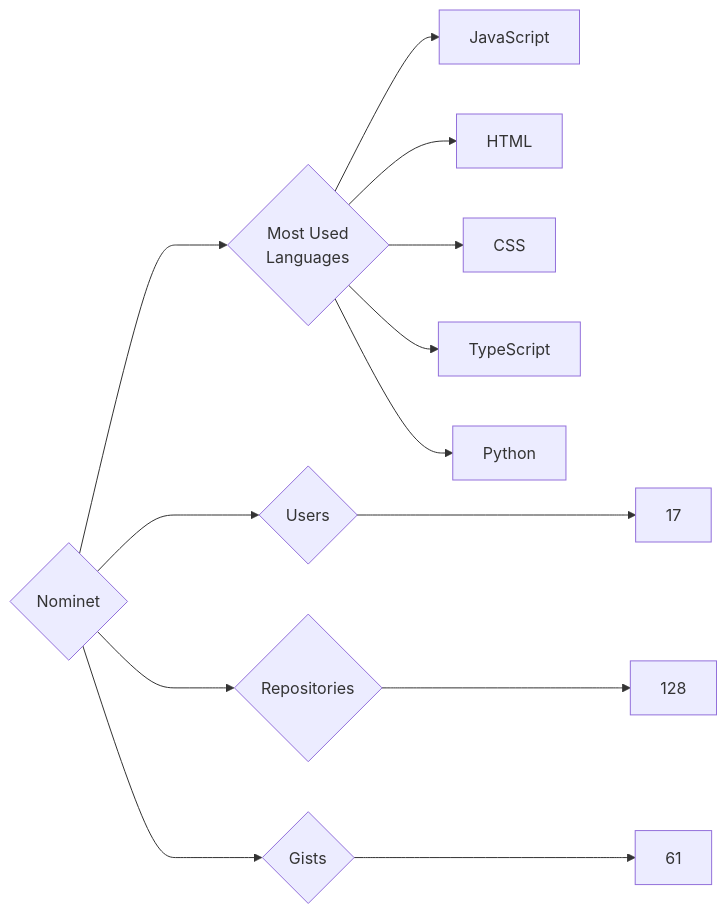
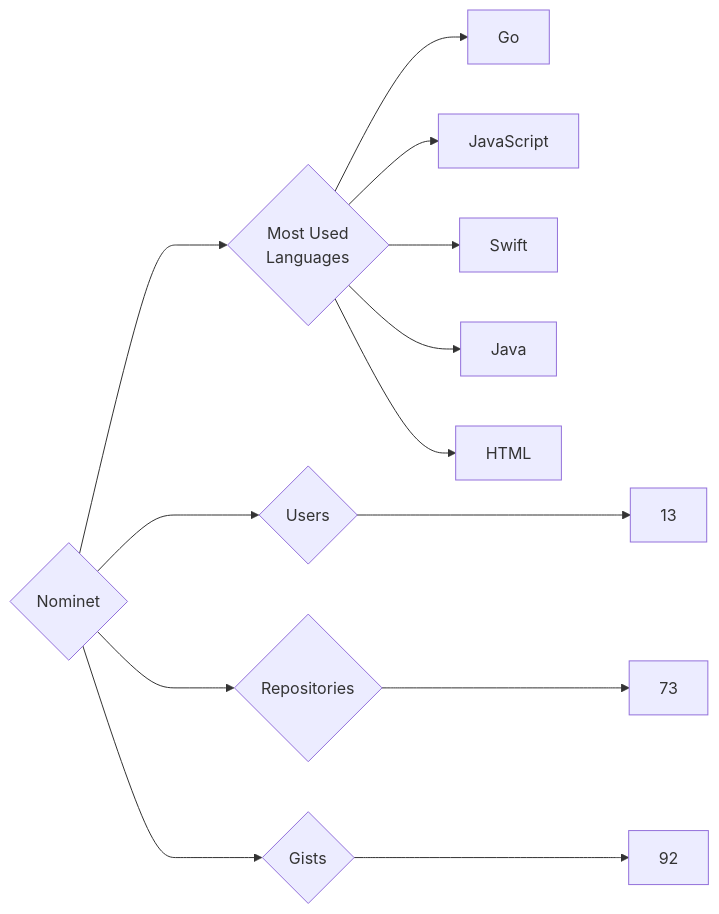
Before and after one commit to trickest/insiders: the diagram in targets/Nominet/README.md, drawn with Mermaid. The commit also changed 903 other files, not shown here.

````diff
--- a/targets/Nominet/README.md
+++ b/targets/Nominet/README.md
@@ -3,13 +3,13 @@
 ```mermaid
 graph LR
 COMPANY_NAME{Nominet}
-COMPANY_NAME ---> U{Users} ---> UN[17]
-COMPANY_NAME ---> R{Repositories} ---> RN[128]
-COMPANY_NAME ---> G{Gists} ---> GN[61]
+COMPANY_NAME ---> U{Users} ---> UN[13]
+COMPANY_NAME ---> R{Repositories} ---> RN[73]
+COMPANY_NAME ---> G{Gists} ---> GN[92]
 COMPANY_NAME ---> ML{Most Used<br>Languages}
+ML --> Go[Go]
 ML --> JavaScript[JavaScript]
+ML --> Swift[Swift]
+ML --> Java[Java]
 ML --> HTML[HTML]
-ML --> CSS[CSS]
-ML --> TypeScript[TypeScript]
-ML --> Python[Python]
 ```
````
